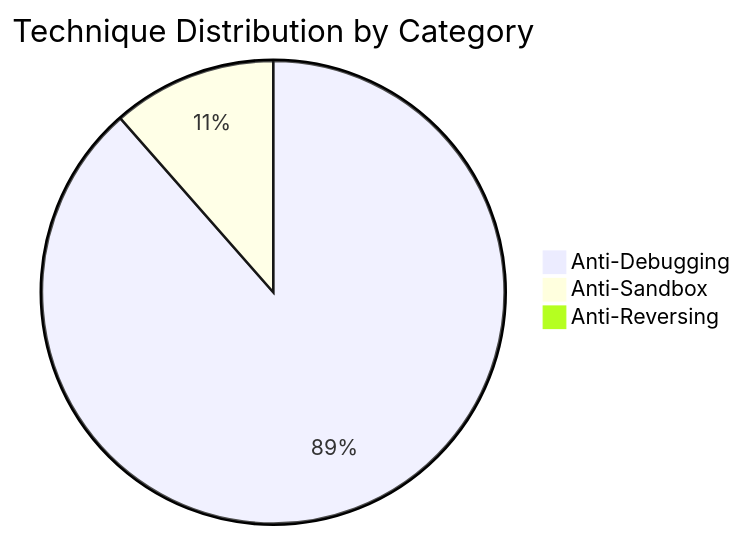
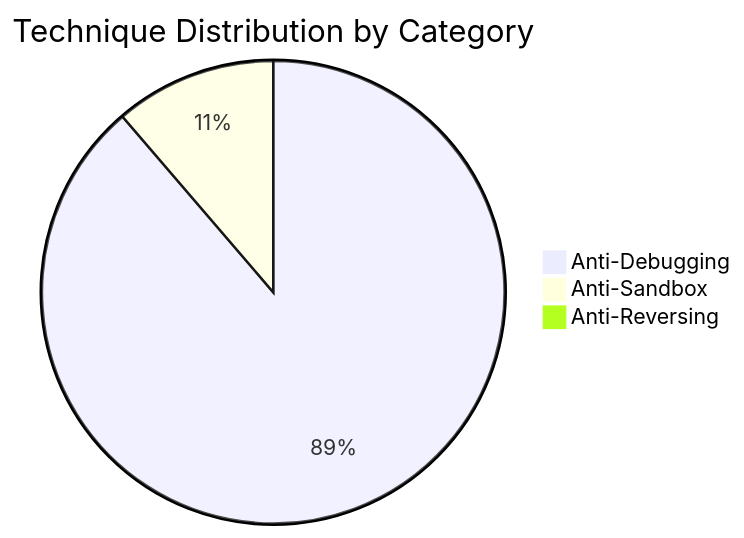
The second of 8 diagrams in docs/diagrams/taxonomy.md (mabj/anti), drawn with Mermaid before and after one commit. The commit also changed other lines of this file and 9 other files, not shown here.

````diff
--- a/docs/diagrams/taxonomy.md
+++ b/docs/diagrams/taxonomy.md
@@ -34,6 +34,6 @@
 ```mermaid
 pie title Technique Distribution by Category
-    "Anti-Debugging" : 54
+    "Anti-Debugging" : 55
     "Anti-Sandbox" : 7
     "Anti-Reversing" : 0
 ```
````
